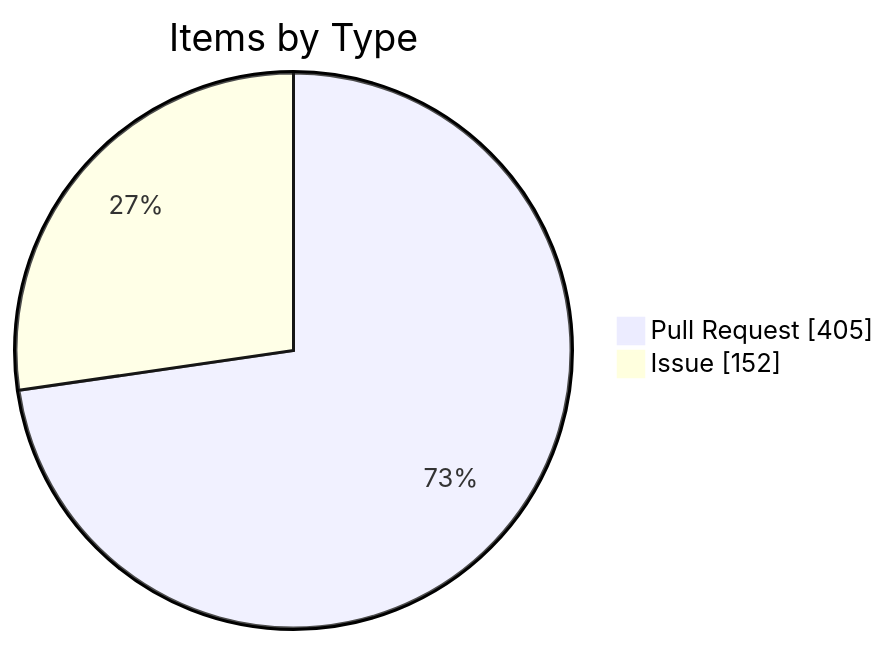
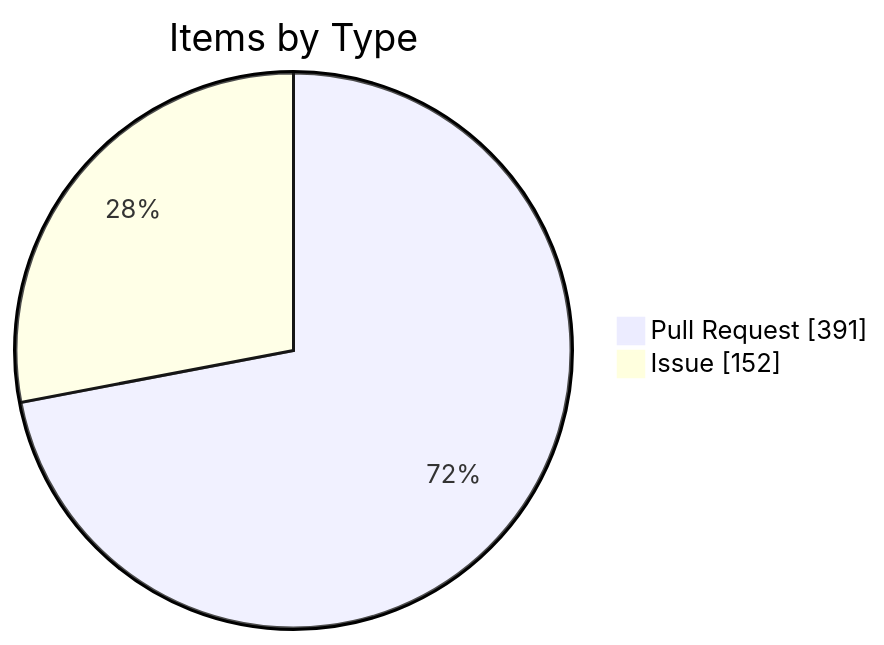
The fourth of 4 diagrams in apps/kbve/astro-kbve/src/content/docs/dashboard/kanban-data.mdx (KBVE/kbve), drawn with Mermaid before and after one commit. The commit also changed other lines of this file and 8 other files, not shown here.

````diff
--- a/apps/kbve/astro-kbve/src/content/docs/dashboard/kanban-data.mdx
+++ b/apps/kbve/astro-kbve/src/content/docs/dashboard/kanban-data.mdx
@@ -116,6 +116,6 @@
 ```mermaid
 pie showData
     title Items by Type
-    "Pull Request" : 405
+    "Pull Request" : 391
     "Issue" : 152
 ```
````
